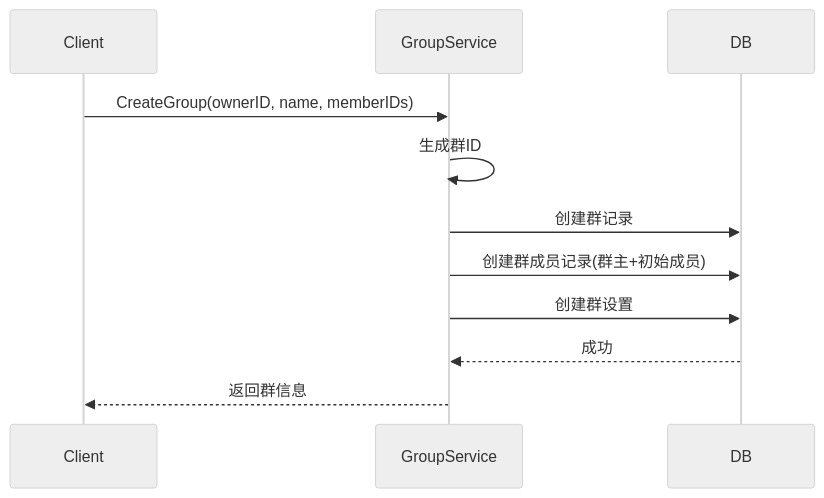
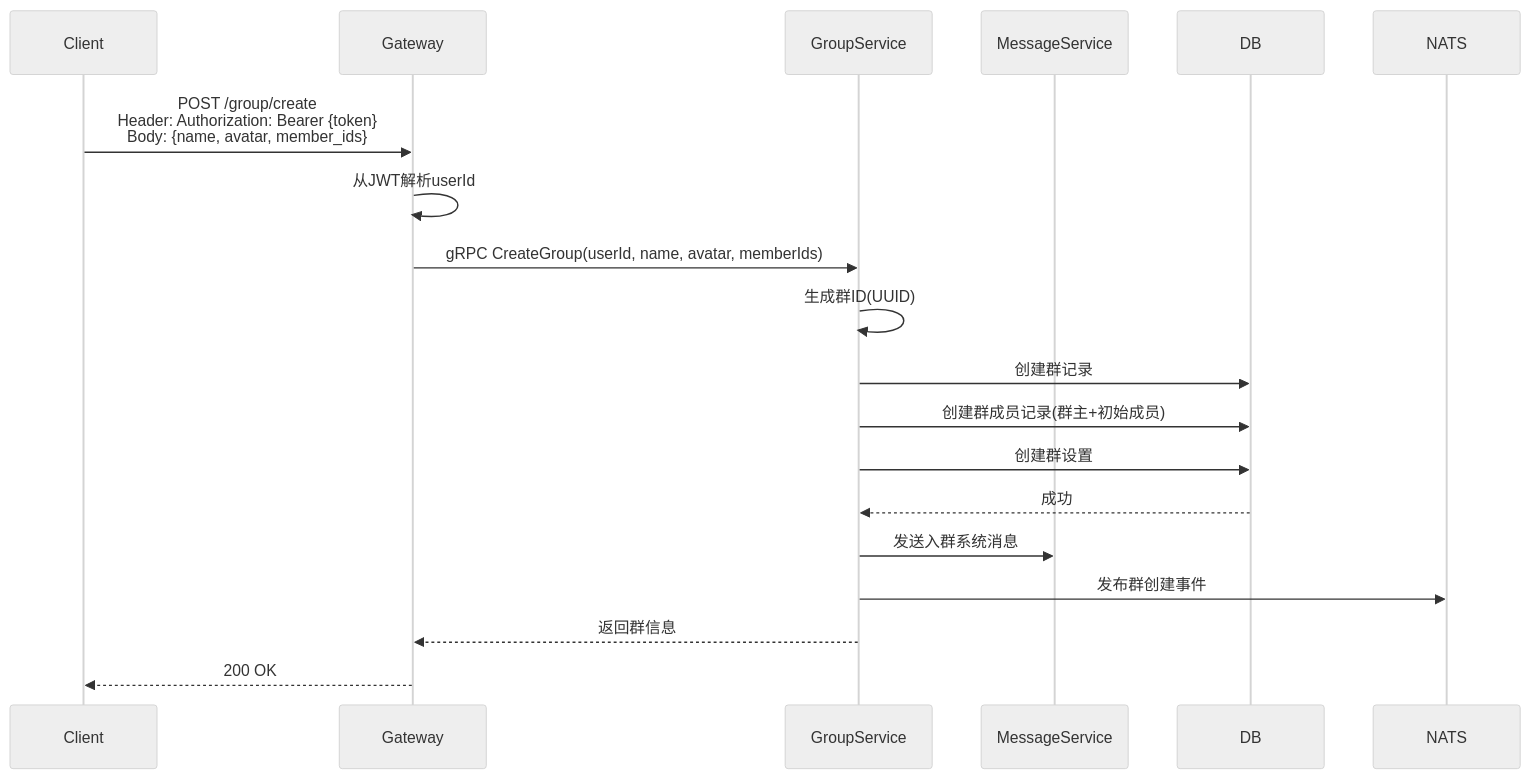
One commit to yzhgit/anychat-server changed the first of 4 diagrams in docs/design/group/group.md. Above: the diagram before and after it, drawn with Mermaid (neutral theme). The commit also changed other lines of this file and 30 other files, not shown here.

First line of the commit message:
docs: 更新设计文档时序图，添加Gateway和NATS参与者

````diff
--- a/docs/design/group/group.md
+++ b/docs/design/group/group.md
@@ -62,14 +62,22 @@
 ```mermaid
 sequenceDiagram
     participant Client
+    participant Gateway
     participant GroupService
+    participant MessageService
     participant DB
+    participant NATS
 
-    Client->>GroupService: CreateGroup(ownerID, name, memberIDs)
-    GroupService->>GroupService: 生成群ID
+    Client->>Gateway: POST /group/create<br/>Header: Authorization: Bearer {token}<br/>Body: {name, avatar, member_ids}
+    Gateway->>Gateway: 从JWT解析userId
+    Gateway->>GroupService: gRPC CreateGroup(userId, name, avatar, memberIds)
+    GroupService->>GroupService: 生成群ID(UUID)
     GroupService->>DB: 创建群记录
     GroupService->>DB: 创建群成员记录(群主+初始成员)
     GroupService->>DB: 创建群设置
     DB-->>GroupService: 成功
-    GroupService-->>Client: 返回群信息
+    GroupService->>MessageService: 发送入群系统消息
+    GroupService->>NATS: 发布群创建事件
+    GroupService-->>Gateway: 返回群信息
+    Gateway-->>Client: 200 OK
 ```
````
